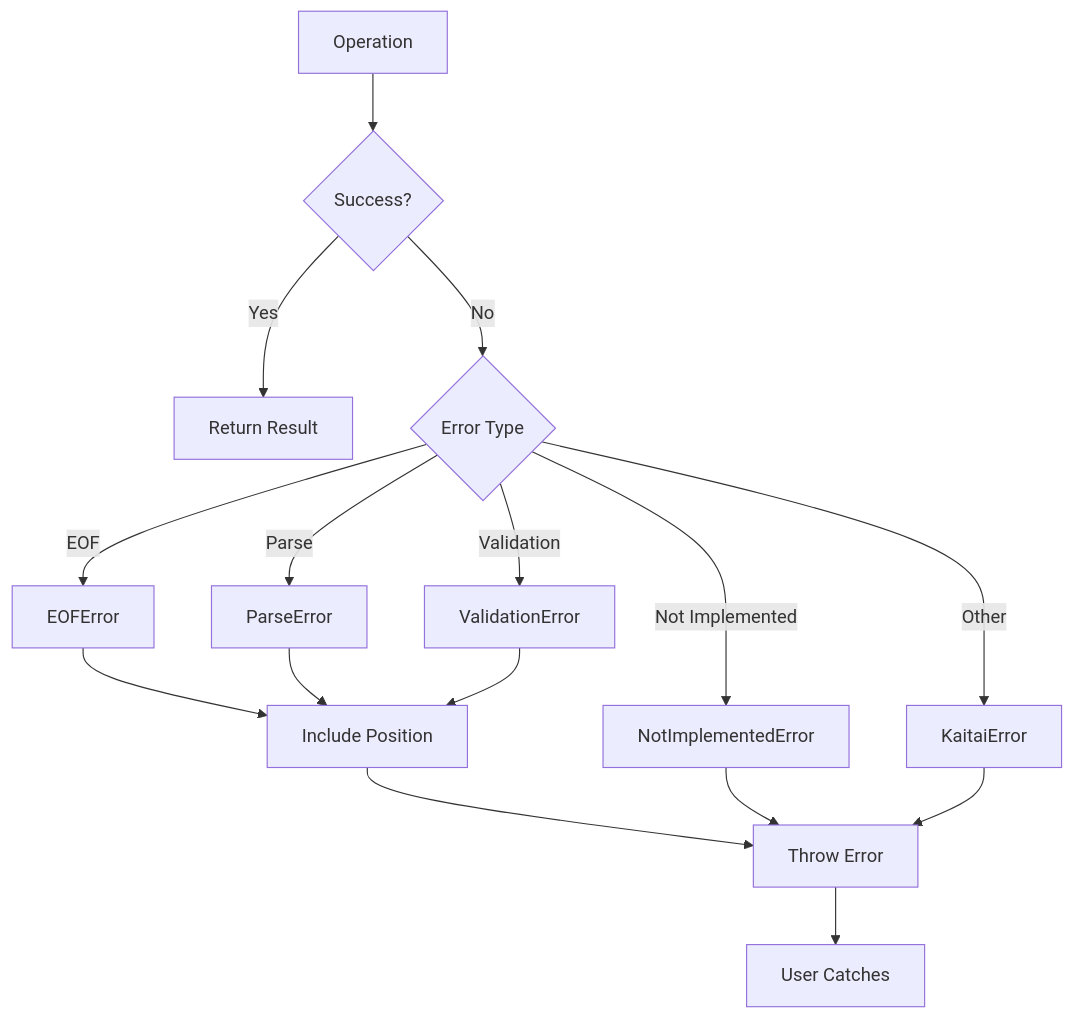
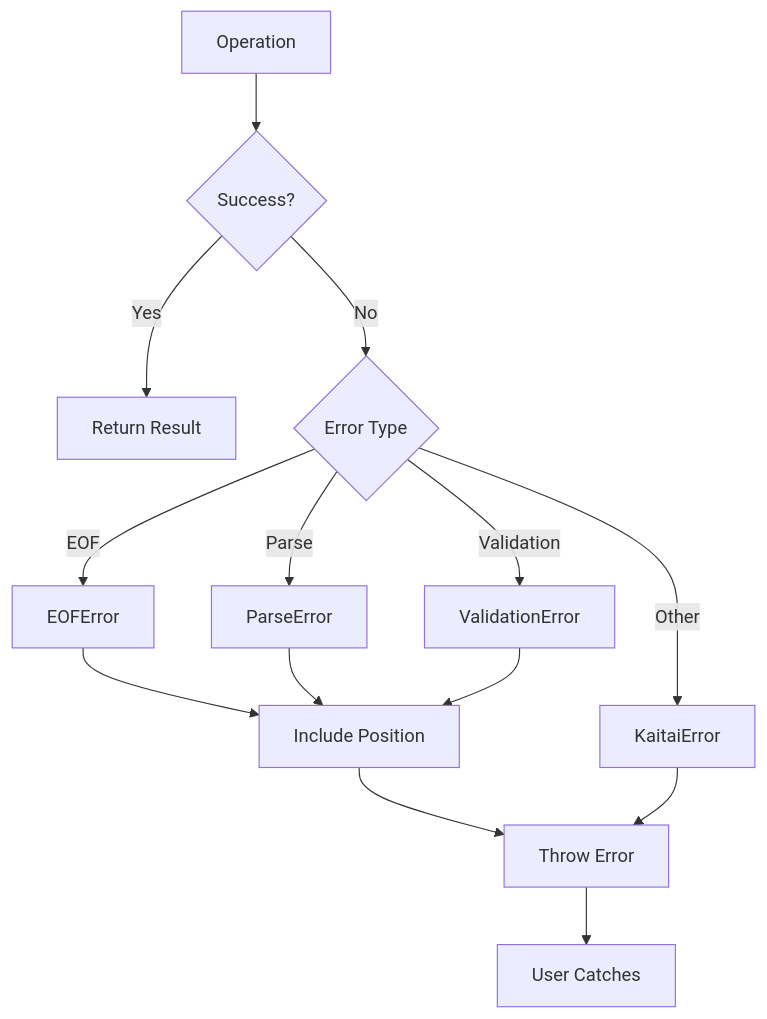
Before and after one commit to fabianopinto/kaitai-struct-ts: the eighth of 11 diagrams in docs/ARCHITECTURE.md, drawn with Mermaid. The commit also changed other lines of this file and 1 other file, not shown here.

First line of the commit message:
docs: update ARCHITECTURE and EXAMPLES with v0.9.0 features

````diff
--- a/docs/ARCHITECTURE.md
+++ b/docs/ARCHITECTURE.md
@@ -246,22 +248,20 @@
 ```mermaid
 graph TD
     A[Operation] --> B{Success?}
     B -->|Yes| C[Return Result]
     B -->|No| D{Error Type}
 
     D -->|EOF| E[EOFError]
     D -->|Parse| F[ParseError]
     D -->|Validation| G[ValidationError]
-    D -->|Not Implemented| H[NotImplementedError]
-    D -->|Other| I[KaitaiError]
+    D -->|Other| H[KaitaiError]
 
-    E --> J[Include Position]
-    F --> J
-    G --> J
+    E --> I[Include Position]
+    F --> I
+    G --> I
 
-    J --> K[Throw Error]
-    H --> K
-    I --> K
+    I --> J[Throw Error]
+    H --> J
 
-    K --> L[User Catches]
+    J --> K[User Catches]
 ```
````
